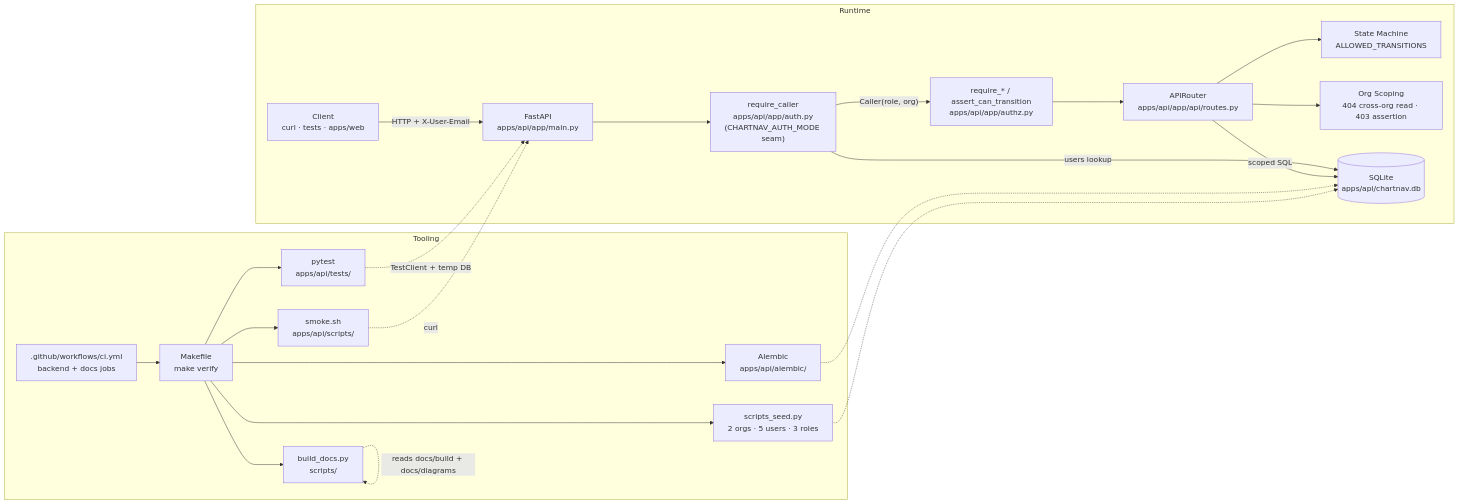
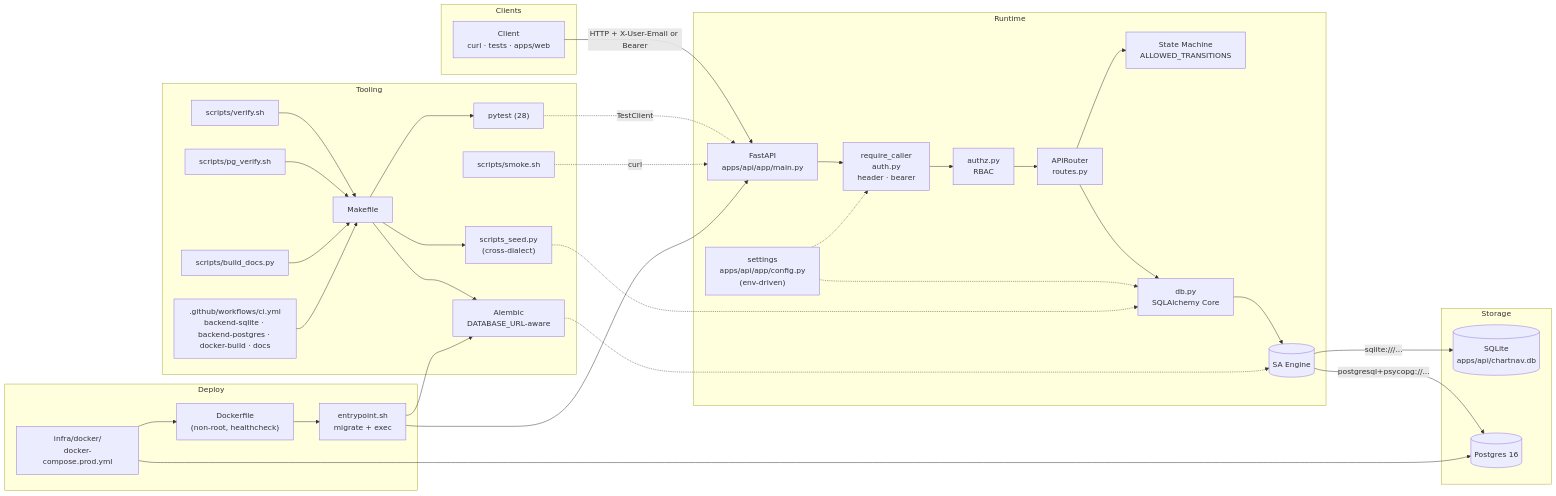
Before and after one commit to thekidd2227/chartnav-platform: the diagram in docs/diagrams/system-architecture.md, drawn with Mermaid. The commit also changed 29 other files, not shown here.

````diff
--- a/docs/diagrams/system-architecture.md
+++ b/docs/diagrams/system-architecture.md
@@ -3,43 +3,69 @@
 ```mermaid
 flowchart LR
-  subgraph Runtime
-    Client["Client<br/>curl · tests · apps/web"]
-    FastAPI["FastAPI<br/>apps/api/app/main.py"]
-    Authn["require_caller<br/>apps/api/app/auth.py<br/>(CHARTNAV_AUTH_MODE seam)"]
-    Authz["require_* / assert_can_transition<br/>apps/api/app/authz.py"]
-    Router["APIRouter<br/>apps/api/app/api/routes.py"]
-    SM["State Machine<br/>ALLOWED_TRANSITIONS"]
-    Scope["Org Scoping<br/>404 cross-org read · 403 assertion"]
-    DB[("SQLite<br/>apps/api/chartnav.db")]
-  end
-  subgraph Tooling
-    Alembic["Alembic<br/>apps/api/alembic/"]
-    Seed["scripts_seed.py<br/>2 orgs · 5 users · 3 roles"]
-    PyTest["pytest<br/>apps/api/tests/"]
-    Smoke["smoke.sh<br/>apps/api/scripts/"]
-    DocBuild["build_docs.py<br/>scripts/"]
-    Make["Makefile<br/>make verify"]
-    CI[".github/workflows/ci.yml<br/>backend + docs jobs"]
+  subgraph Clients
+    C["Client<br/>curl · tests · apps/web"]
   end
 
-  Client -->|"HTTP + X-User-Email"| FastAPI
+  subgraph Runtime
+    FastAPI["FastAPI<br/>apps/api/app/main.py"]
+    Config["settings<br/>apps/api/app/config.py<br/>(env-driven)"]
+    Authn["require_caller<br/>auth.py<br/>header · bearer"]
+    Authz["authz.py<br/>RBAC"]
+    Router["APIRouter<br/>routes.py"]
+    SM["State Machine<br/>ALLOWED_TRANSITIONS"]
+    DB["db.py<br/>SQLAlchemy Core"]
+    Engine[(SA Engine)]
+  end
+
+  subgraph Storage
+    SQLite[("SQLite<br/>apps/api/chartnav.db")]
+    PG[("Postgres 16")]
+  end
+
+  subgraph Deploy
+    Dockerfile["Dockerfile<br/>(non-root, healthcheck)"]
+    Entry["entrypoint.sh<br/>migrate + exec"]
+    Compose["infra/docker/<br/>docker-compose.prod.yml"]
+  end
+
+  subgraph Tooling
+    Alembic["Alembic<br/>DATABASE_URL-aware"]
+    Seed["scripts_seed.py<br/>(cross-dialect)"]
+    PyTest["pytest (28)"]
+    Smoke["scripts/smoke.sh"]
+    Verify["scripts/verify.sh"]
+    PgVerify["scripts/pg_verify.sh"]
+    DocBuild["scripts/build_docs.py"]
+    Make["Makefile"]
+    CI[".github/workflows/ci.yml<br/>backend-sqlite · backend-postgres · docker-build · docs"]
+  end
+
+  C -->|"HTTP + X-User-Email or Bearer"| FastAPI
   FastAPI --> Authn
-  Authn -->|"users lookup"| DB
-  Authn -->|"Caller(role, org)"| Authz
+  Authn --> Authz
   Authz --> Router
-  Router --> Scope
   Router --> SM
-  Router -->|"scoped SQL"| DB
+  Router --> DB
+  DB --> Engine
+  Engine -->|"sqlite:///..."| SQLite
+  Engine -->|"postgresql+psycopg://..."| PG
+  Config -.-> Authn
+  Config -.-> DB
 
-  Alembic -.-> DB
+  Alembic -.-> Engine
   Seed -.-> DB
-  PyTest -.->|"TestClient + temp DB"| FastAPI
+  PyTest -.->|"TestClient"| FastAPI
   Smoke -.->|"curl"| FastAPI
-  DocBuild -.->|"reads docs/build + docs/diagrams"| DocBuild
+  Verify --> Make
+  PgVerify --> Make
+  DocBuild --> Make
   Make --> Alembic
   Make --> Seed
   Make --> PyTest
-  Make --> Smoke
-  Make --> DocBuild
   CI --> Make
+  Dockerfile --> Entry
+  Entry --> Alembic
+  Entry --> FastAPI
+  Compose --> Dockerfile
+  Compose --> PG
 ```
````
